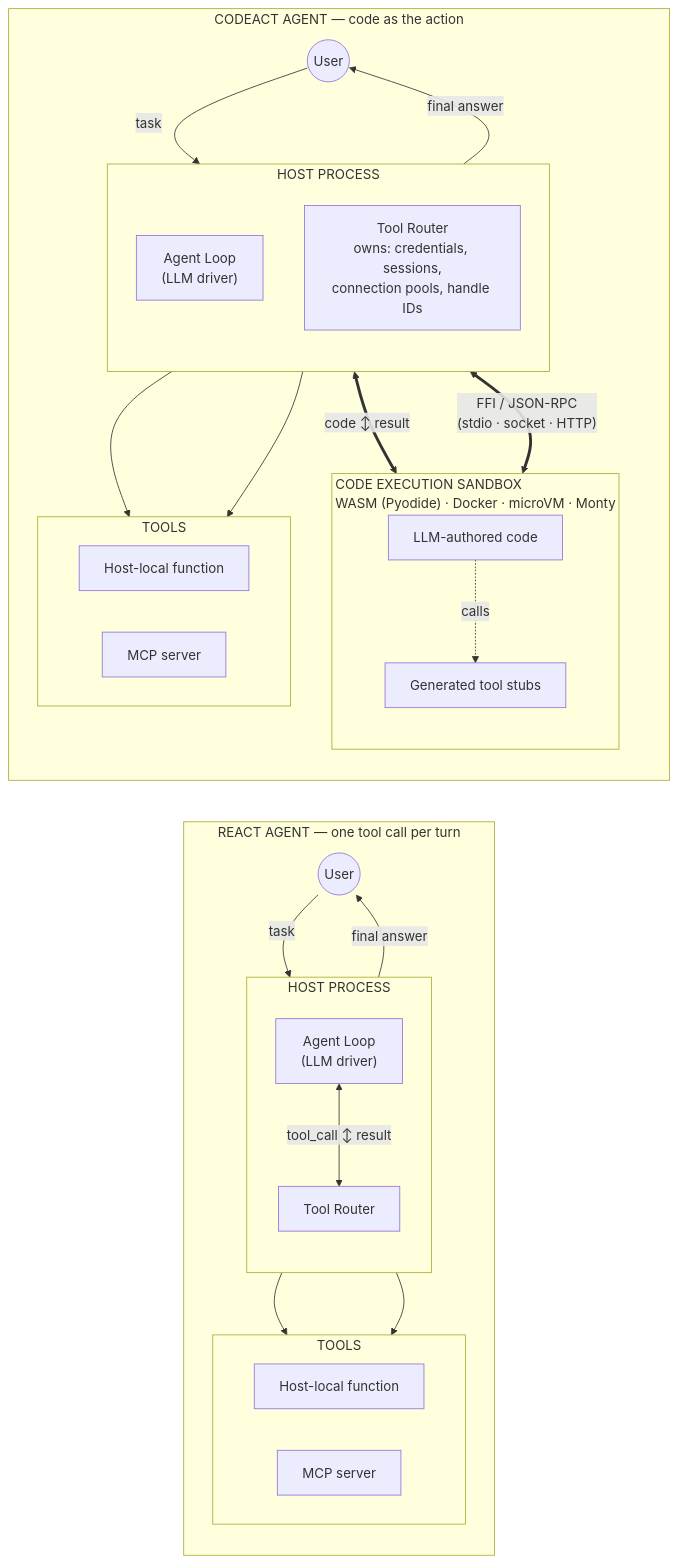
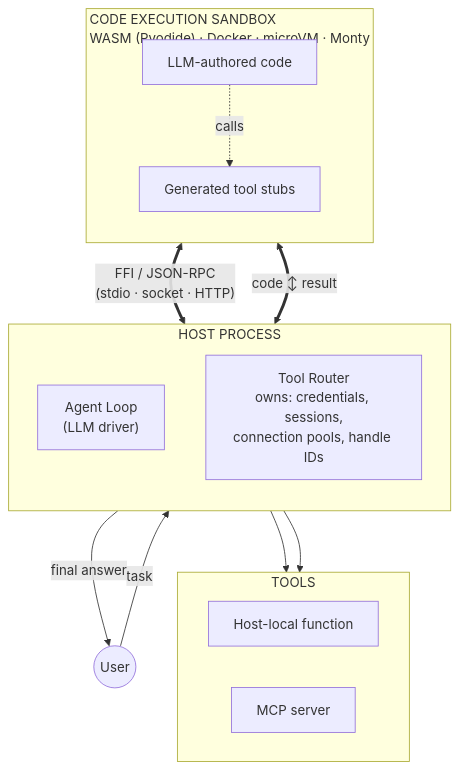
One commit to ekzhu/dspy changed the second of 3 diagrams in docs/docs/deep-dive/codeact-agent-architecture.md. Above: the diagram before and after it, drawn with Mermaid. The commit also changed other lines of this file, not shown here.

Commit message:
docs: split ReAct/CodeAct architecture into two diagrams
Render ReAct and CodeAct as two separate flowchart-TB Mermaid blocks
stacked vertically instead of one flowchart-LR with both as adjacent
subgraphs. Each diagram is now smaller on GitHub and the Host /
Sandbox / Tools subgroupings stack cleanly without the dagre
side-by-side packing seen in the combined version.

https://claude.ai/code/session_019ZM7kBk1Rk467eSyHmgEv1

````diff
--- a/docs/docs/deep-dive/codeact-agent-architecture.md
+++ b/docs/docs/deep-dive/codeact-agent-architecture.md
@@ -11,49 +35,26 @@
 ```mermaid
-flowchart LR
-    subgraph React["REACT AGENT — one tool call per turn"]
+flowchart TB
+    Cu((User))
+    subgraph Ch["HOST PROCESS"]
         direction TB
-        Ru((User))
-        subgraph Rh["HOST PROCESS"]
-            direction TB
-            Rl["Agent Loop<br/>(LLM driver)"]
-            Rr["Tool Router"]
-            Rl <-->|"tool_call ↕ result"| Rr
-        end
-        subgraph Rt["TOOLS"]
-            direction LR
-            Rloc["Host-local function"]
-            Rmcp["MCP server"]
-        end
-        Ru -->|"task"| Rl
-        Rr --> Rloc
-        Rr --> Rmcp
-        Rl -->|"final answer"| Ru
+        Cl["Agent Loop<br/>(LLM driver)"]
+        Cr["Tool Router<br/>owns: credentials, sessions,<br/>connection pools, handle IDs"]
     end
-
-    subgraph CodeAct["CODEACT AGENT — code as the action"]
+    subgraph Cs["CODE EXECUTION SANDBOX<br/>WASM (Pyodide) · Docker · microVM · Monty"]
         direction TB
-        Cu((User))
-        subgraph Ch["HOST PROCESS"]
-            direction TB
-            Cl["Agent Loop<br/>(LLM driver)"]
-            Cr["Tool Router<br/>owns: credentials, sessions,<br/>connection pools, handle IDs"]
-        end
-        subgraph Cs["CODE EXECUTION SANDBOX<br/>WASM (Pyodide) · Docker · microVM · Monty"]
-            direction TB
-            Cc["LLM-authored code"]
-            Cstub["Generated tool stubs"]
-            Cc -.->|"calls"| Cstub
-        end
-        subgraph Ct["TOOLS"]
-            direction LR
-            Cloc["Host-local function"]
-            Cmcp["MCP server"]
-        end
-        Cu -->|"task"| Cl
-        Cl <==>|"code ↕ result"| Cc
-        Cstub <==>|"FFI / JSON-RPC<br/>(stdio · socket · HTTP)"| Cr
-        Cr --> Cloc
-        Cr --> Cmcp
-        Cl -->|"final answer"| Cu
+        Cc["LLM-authored code"]
+        Cstub["Generated tool stubs"]
+        Cc -.->|"calls"| Cstub
     end
+    subgraph Ct["TOOLS"]
+        direction LR
+        Cloc["Host-local function"]
+        Cmcp["MCP server"]
+    end
+    Cu -->|"task"| Cl
+    Cl <==>|"code ↕ result"| Cc
+    Cstub <==>|"FFI / JSON-RPC<br/>(stdio · socket · HTTP)"| Cr
+    Cr --> Cloc
+    Cr --> Cmcp
+    Cl -->|"final answer"| Cu
 ```
````
